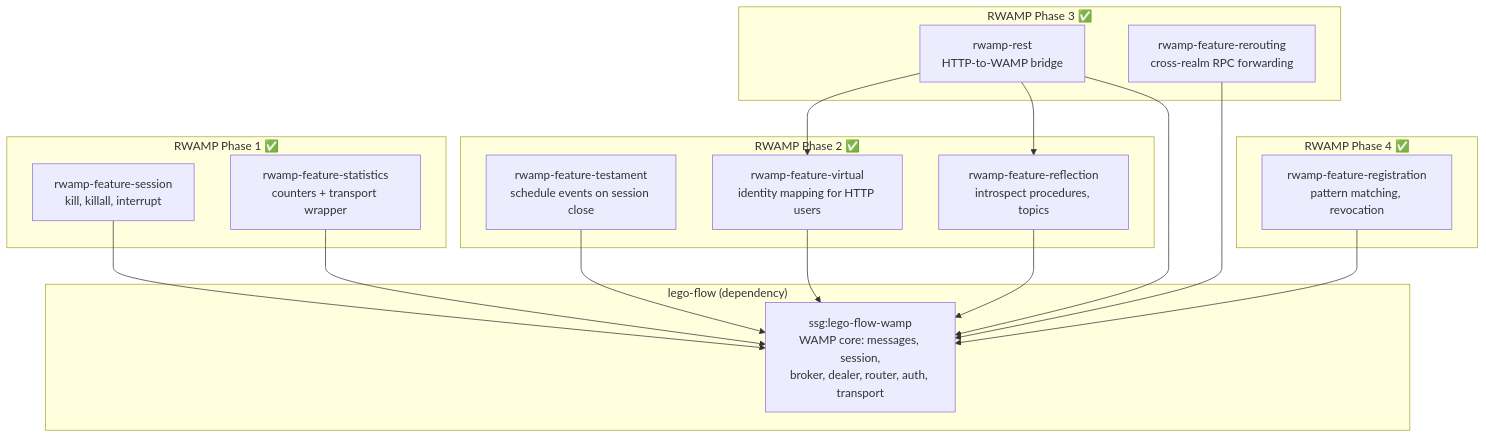
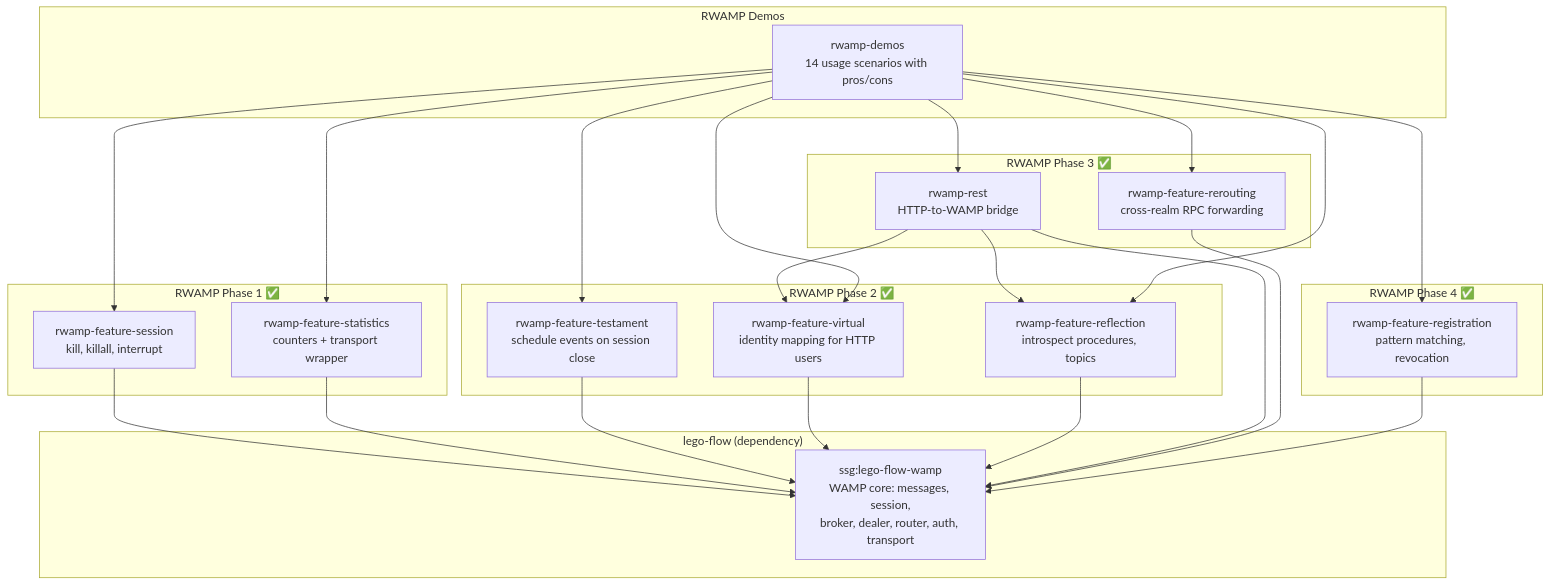
One commit to 000ssg/RWAMP changed the diagram in README.md. Above: the diagram before and after it, drawn with Mermaid. The commit also changed other lines of this file, not shown here.

Commit message:
docs: update README with demos module
- Add rwamp-demos to feature table, architecture diagram, module table
- Add demos row to per-module documentation cross-references

````diff
--- a/README.md
+++ b/README.md
@@ -46,37 +47,49 @@
 ```mermaid
 graph TD
     subgraph "lego-flow (dependency)"
         LF["ssg:lego-flow-wamp<br/>WAMP core: messages, session,<br/>broker, dealer, router, auth, transport"]
     end
 
     subgraph "RWAMP Phase 1 ✅"
         S["rwamp-feature-session<br/>kill, killall, interrupt"]
         ST["rwamp-feature-statistics<br/>counters + transport wrapper"]
     end
 
     subgraph "RWAMP Phase 2 ✅"
         T["rwamp-feature-testament<br/>schedule events on session close"]
         V["rwamp-feature-virtual<br/>identity mapping for HTTP users"]
         R["rwamp-feature-reflection<br/>introspect procedures, topics"]
     end
 
     subgraph "RWAMP Phase 3 ✅"
         REST["rwamp-rest<br/>HTTP-to-WAMP bridge"]
         RR["rwamp-feature-rerouting<br/>cross-realm RPC forwarding"]
     end
 
     subgraph "RWAMP Phase 4 ✅"
         RG["rwamp-feature-registration<br/>pattern matching, revocation"]
     end
 
+    subgraph "RWAMP Demos"
+        DM["rwamp-demos<br/>14 usage scenarios with pros/cons"]
+    end
+
     S --> LF
     ST --> LF
     T --> LF
     V --> LF
     R --> LF
     REST --> LF
     REST --> V
     REST --> R
     RR --> LF
     RG --> LF
+    DM --> S
+    DM --> ST
+    DM --> T
+    DM --> V
+    DM --> R
+    DM --> REST
+    DM --> RR
+    DM --> RG
 ```
````
